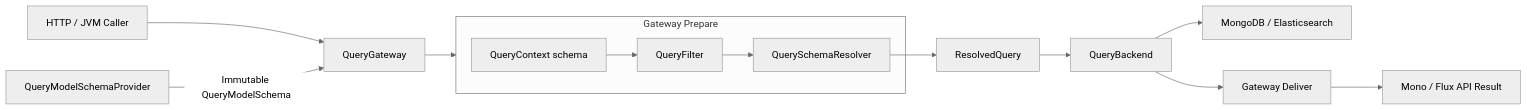
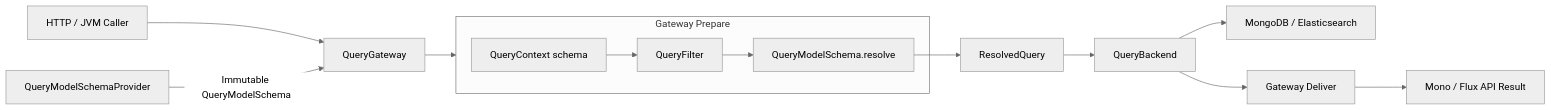
Before and after one commit to Ahoo-Wang/Wow: the first of 2 diagrams in documentation/docs/zh/guide/query/query-gateway-resolved-query-design.md, drawn with Mermaid (neutral theme). The commit also changed other lines of this file, not shown here.

Commit message:
docs(query): clarify schema model ownership

````diff
--- a/documentation/docs/zh/guide/query/query-gateway-resolved-query-design.md
+++ b/documentation/docs/zh/guide/query/query-gateway-resolved-query-design.md
@@ -21,19 +21,19 @@
 ```mermaid
 flowchart LR
     Caller[HTTP / JVM Caller] --> Gateway[QueryGateway]
     Provider[QueryModelSchemaProvider] -->|Immutable QueryModelSchema| Gateway
 
     subgraph Prepare[Gateway Prepare]
         Context[QueryContext schema]
         Filter[QueryFilter]
-        Resolve[QuerySchemaResolver]
+        Resolve[QueryModelSchema.resolve]
         Context --> Filter --> Resolve
     end
 
     Gateway --> Prepare
     Resolve --> Resolved[ResolvedQuery]
     Resolved --> Backend[QueryBackend]
     Backend --> Store[MongoDB / Elasticsearch]
     Backend --> Deliver[Gateway Deliver]
     Deliver --> Result[Mono / Flux API Result]
 ```
````
